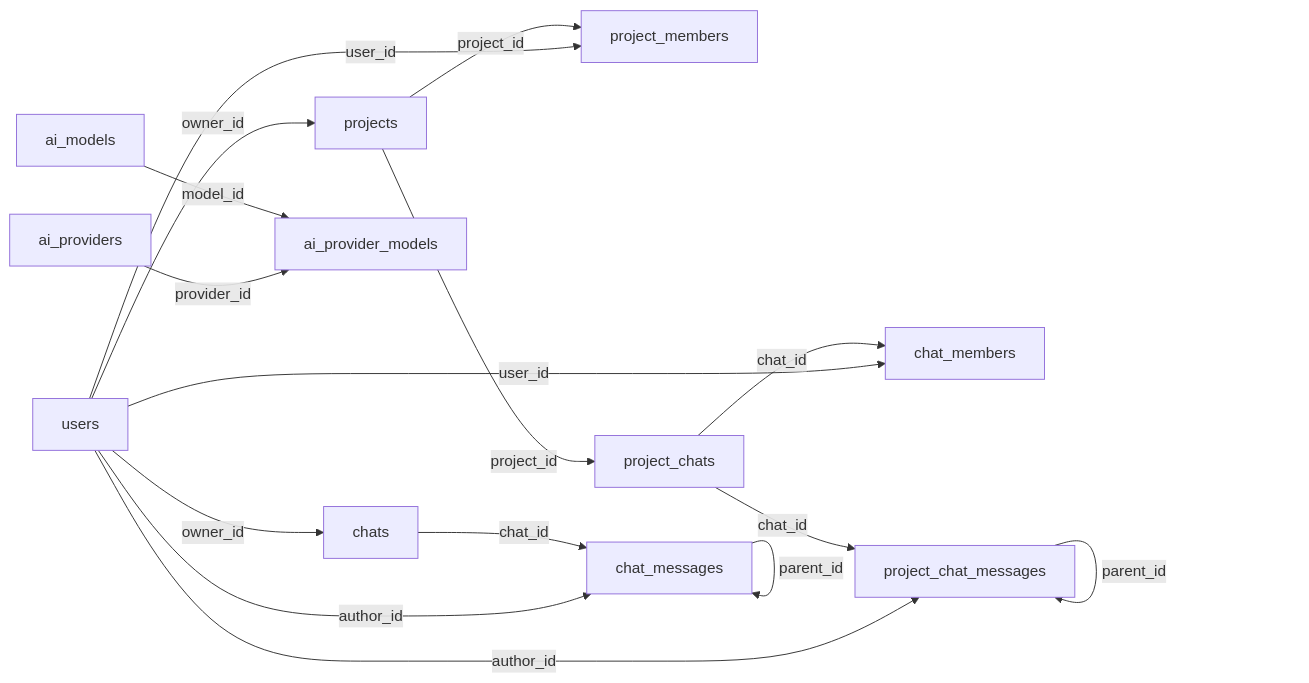
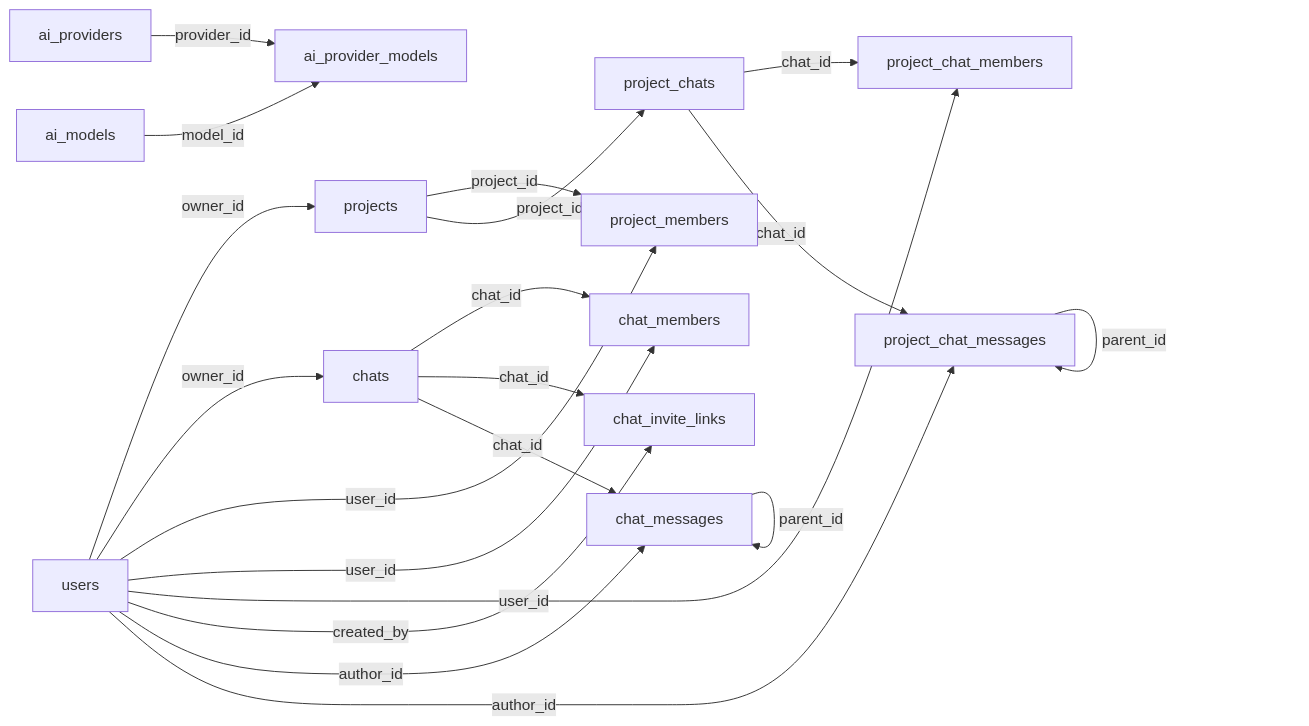
Before and after one commit to KEgubov/ai-aggregator: the fourth of 4 diagrams in docs/ORM_MODELS.md, drawn with Mermaid. The commit also changed other lines of this file and 12 other files, not shown here.

````diff
--- a/docs/ORM_MODELS.md
+++ b/docs/ORM_MODELS.md
@@ -558,22 +644,26 @@
 ```mermaid
 flowchart LR
     users -->|owner_id| projects
     users -->|owner_id| chats
     users -->|user_id| project_members
     users -->|user_id| chat_members
+    users -->|user_id| project_chat_members
+    users -->|created_by| chat_invite_links
     users -->|author_id| chat_messages
     users -->|author_id| project_chat_messages
 
     projects -->|project_id| project_members
     projects -->|project_id| project_chats
 
+    chats -->|chat_id| chat_members
+    chats -->|chat_id| chat_invite_links
     chats -->|chat_id| chat_messages
     chat_messages -->|parent_id| chat_messages
 
-    project_chats -->|chat_id| chat_members
+    project_chats -->|chat_id| project_chat_members
     project_chats -->|chat_id| project_chat_messages
     project_chat_messages -->|parent_id| project_chat_messages
 
     ai_providers -->|provider_id| ai_provider_models
     ai_models -->|model_id| ai_provider_models
 ```
````
